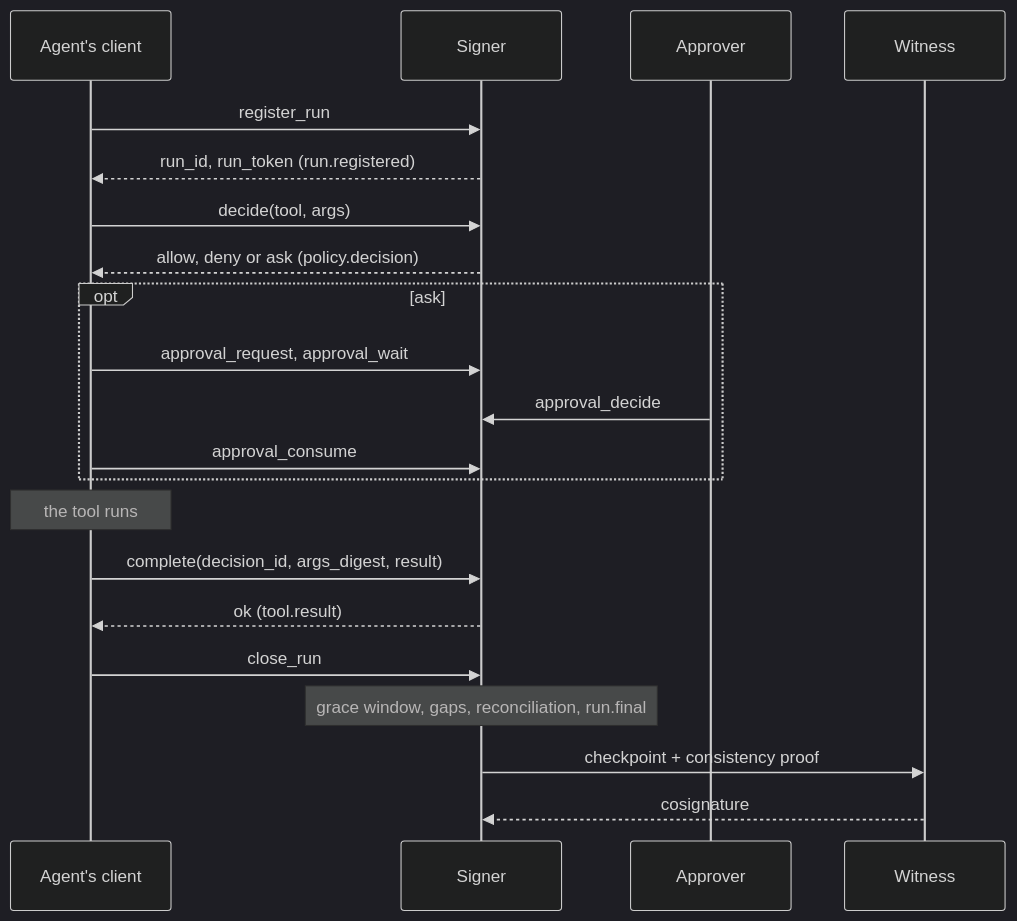
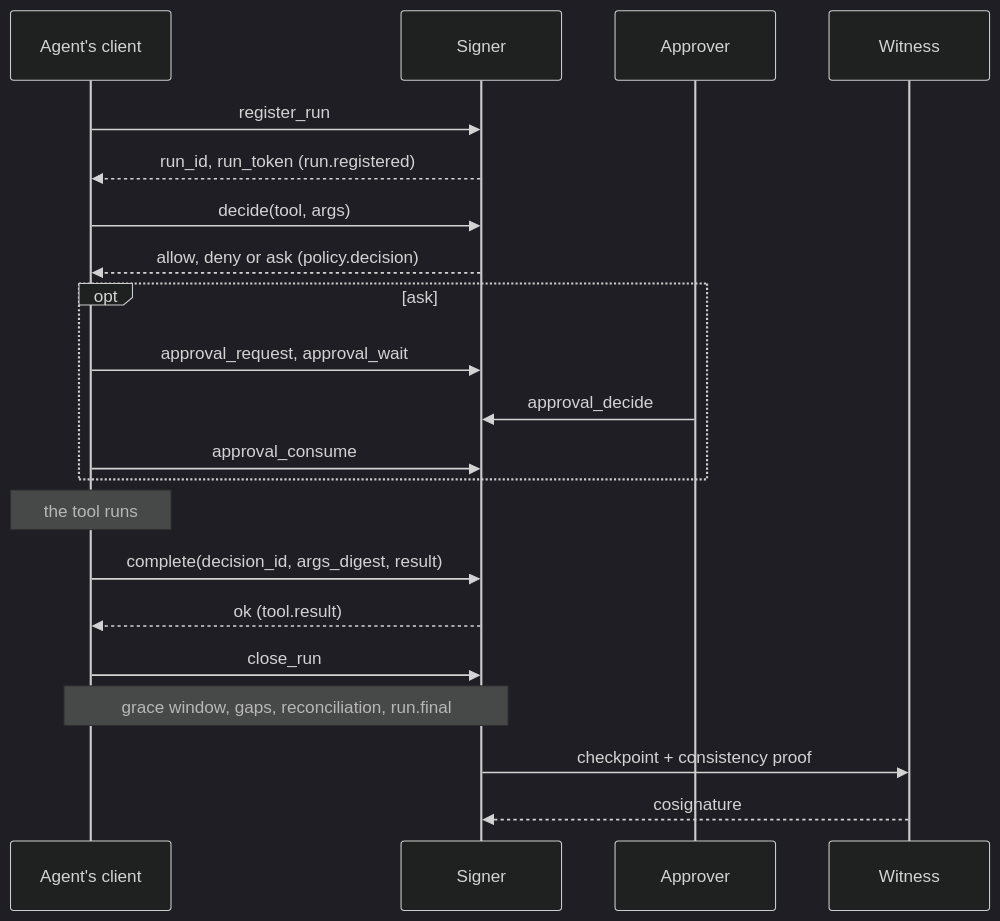
The diagram in docs/concepts/tool-call-lifecycle.md (Cygnux-Labs/Tracekit), drawn with Mermaid (dark theme) before and after one commit.

Commit message:
Docs: widen the closing note in the tool-call sequence diagram so it isn't clipped
Claude-Session: https://claude.ai/code/session_01FnEPj3QHSyKSvpPLmcVZAn

````diff
--- a/docs/concepts/tool-call-lifecycle.md
+++ b/docs/concepts/tool-call-lifecycle.md
@@ -9,23 +9,23 @@
 ```mermaid
 sequenceDiagram
     participant A as Agent's client
     participant S as Signer
     participant P as Approver
     participant W as Witness
     A->>S: register_run
     S-->>A: run_id, run_token (run.registered)
     A->>S: decide(tool, args)
     S-->>A: allow, deny or ask (policy.decision)
     opt ask
         A->>S: approval_request, approval_wait
         P->>S: approval_decide
         A->>S: approval_consume
     end
     Note over A: the tool runs
     A->>S: complete(decision_id, args_digest, result)
     S-->>A: ok (tool.result)
     A->>S: close_run
-    Note over S: grace window, gaps, reconciliation, run.final
+    Note over A,S: grace window, gaps, reconciliation, run.final
     S->>W: checkpoint + consistency proof
     W-->>S: cosignature
 ```
````
